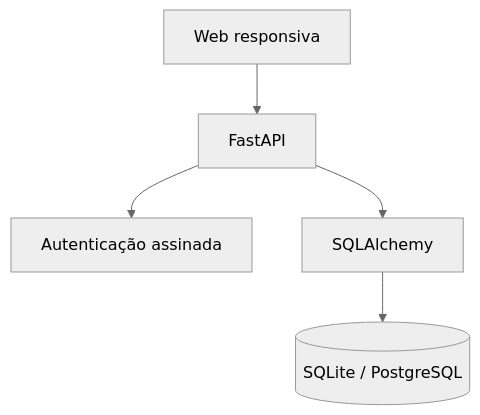
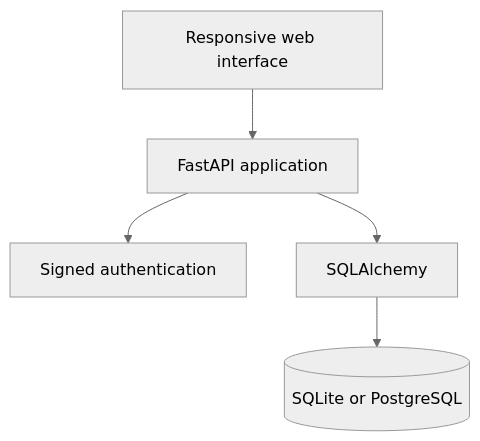
The diagram in docs/architecture.md (leonardo-h-oliveira/smart-carpool), drawn with Mermaid (neutral theme) before and after one commit. The commit also changed other lines of this file and 3 other files, not shown here.

````diff
--- a/docs/architecture.md
+++ b/docs/architecture.md
@@ -3,7 +3,7 @@
 ```mermaid
 flowchart TD
-    UI[Web responsiva] --> API[FastAPI]
-    API --> AUTH[Autenticação assinada]
+    UI[Responsive web interface] --> API[FastAPI application]
+    API --> AUTH[Signed authentication]
     API --> ORM[SQLAlchemy]
-    ORM --> DB[(SQLite / PostgreSQL)]
+    ORM --> DB[(SQLite or PostgreSQL)]
 ```
````
